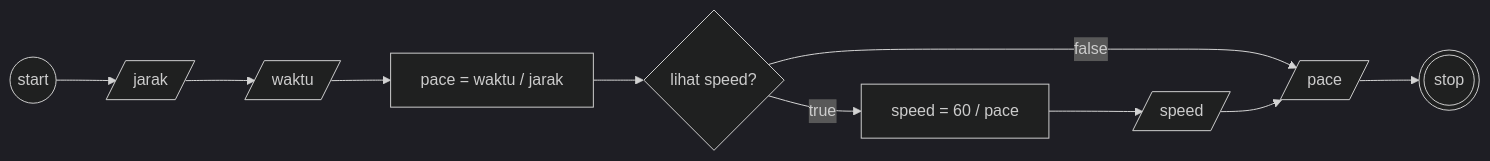
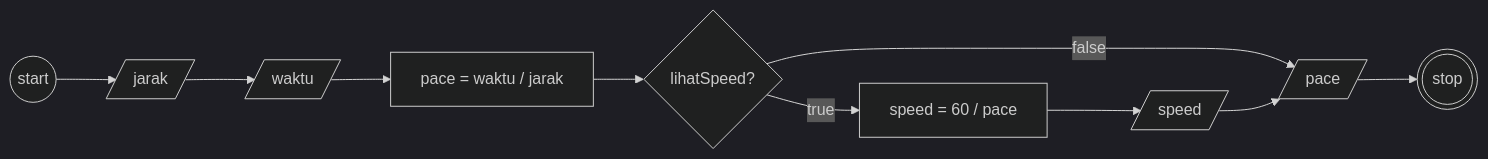
The diagram in README.md (ecenn/koda-b10-algo-impl), drawn with Mermaid (dark theme) before and after one commit.

````diff
--- a/README.md
+++ b/README.md
@@ -17,19 +17,19 @@
 ```mermaid
 
 flowchart LR
 
 a((start))
 b[/jarak/]
 c[/waktu/]
 d[pace = waktu / jarak]
-e{lihat speed?}
+e{lihatSpeed?}
 f[speed = 60 / pace]
 g[/speed/]
 h[/pace/]
 z(((stop)))
 
 a --> b --> c --> d --> e
 e --true--> f
 e --false--> h
 f --> g --> h --> z
 ```
````
